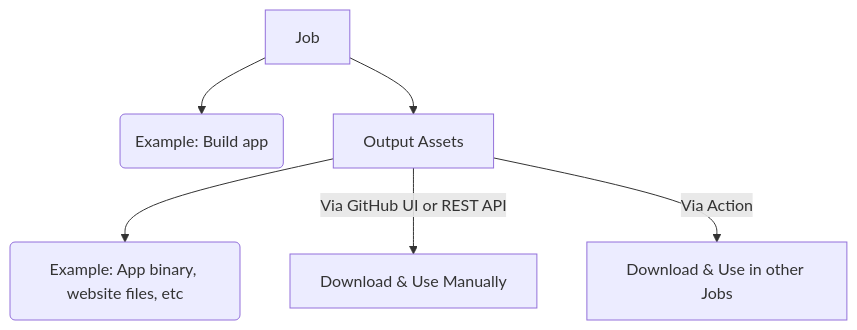
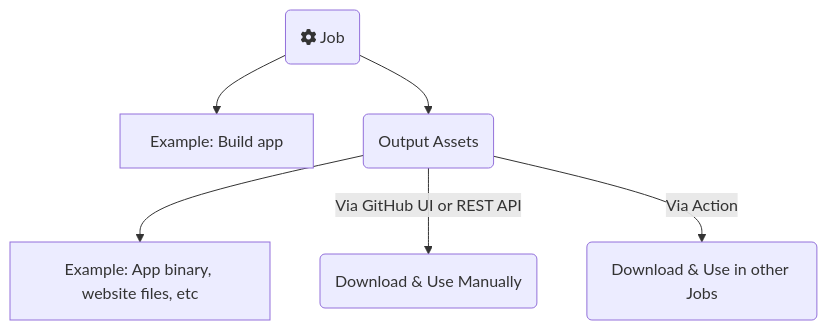
The diagram in content/posts/training/GitHub/2025-github-actions/05-artifacts-outputs/index.md (rtdevx/rtdevx.github.io), drawn with Mermaid before and after one commit.

Commit message:
Obsidian sync: 2025-12-09 09:48:19

```diff
--- a/content/posts/training/GitHub/2025-github-actions/05-artifacts-outputs/index.md
+++ b/content/posts/training/GitHub/2025-github-actions/05-artifacts-outputs/index.md
@@ -24,8 +24,8 @@
 {{< mermaid >}}
 flowchart TD
-  A[Job] --> B(Example: Build app)
-  A --> C[Output Assets]
-  C --> D(Example: App binary, website files, etc)
-  C -->|Via GitHub UI or REST API| E[Download & Use Manually]
-  C -->|Via Action| F[Download & Use in other Jobs]
+  A(fa:fa-cog Job) --> B[Example: Build app]
+  A --> C(Output Assets)
+  C --> D[Example: App binary, website files, etc]
+  C -->|Via GitHub UI or REST API| E(Download & Use Manually)
+  C -->|Via Action| F(Download & Use in other Jobs)
 {{< /mermaid >}}
```
